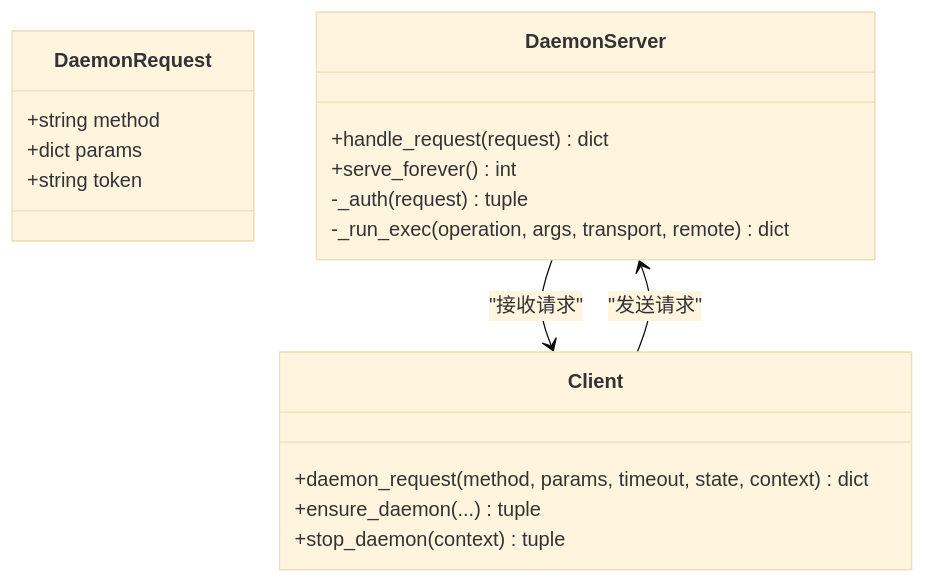
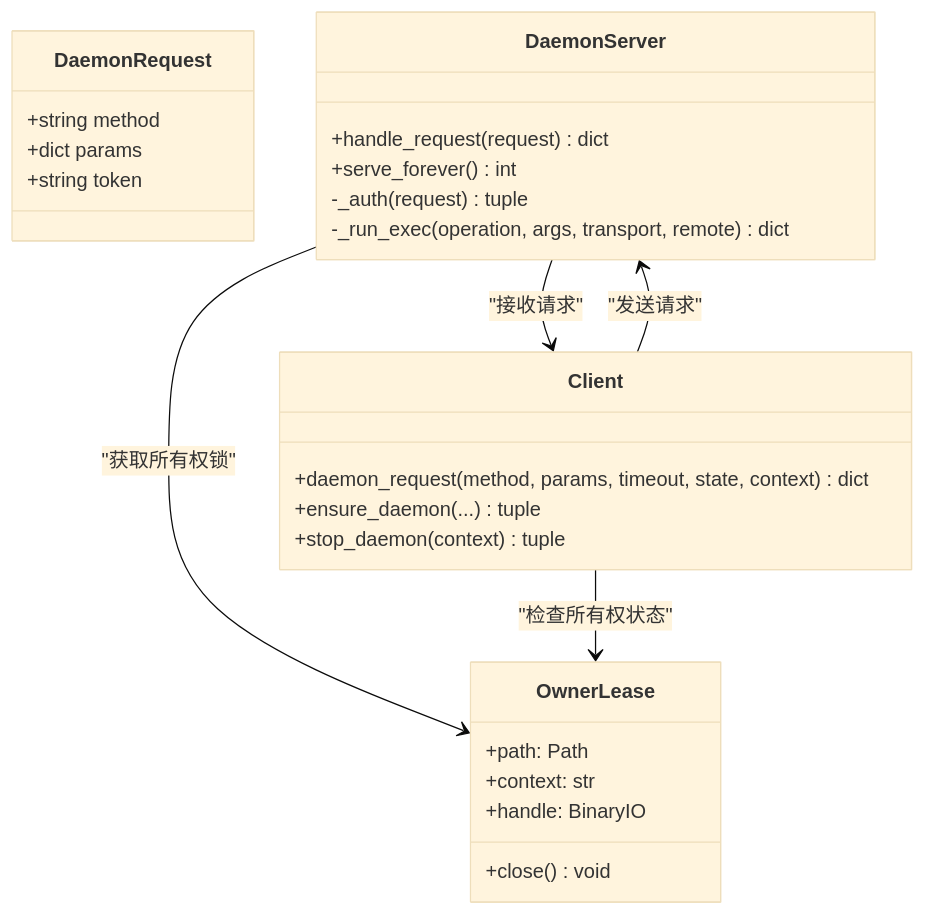
One commit to haolange/RDC-Tool changed the sixth of 7 diagrams in .qoder/repowiki/zh/content/CLI参考手册/守护进程管理命令.md. Above: the diagram before and after it, drawn with Mermaid (base theme). The commit also changed other lines of this file and 67 other files, not shown here.

````diff
--- a/.qoder/repowiki/zh/content/CLI参考手册/守护进程管理命令.md
+++ b/.qoder/repowiki/zh/content/CLI参考手册/守护进程管理命令.md
@@ -213,21 +259,29 @@
 ```mermaid
 classDiagram
 class DaemonRequest {
 +string method
 +dict params
 +string token
 }
 class DaemonServer {
 +handle_request(request) dict
 +serve_forever() int
 -_auth(request) tuple
 -_run_exec(operation, args, transport, remote) dict
 }
 class Client {
 +daemon_request(method, params, timeout, state, context) dict
 +ensure_daemon(...) tuple
 +stop_daemon(context) tuple
 }
+class OwnerLease {
++path: Path
++context: str
++handle: BinaryIO
++close() void
+}
 DaemonServer --> Client : "接收请求"
 Client --> DaemonServer : "发送请求"
+DaemonServer --> OwnerLease : "获取所有权锁"
+Client --> OwnerLease : "检查所有权状态"
 ```
````
